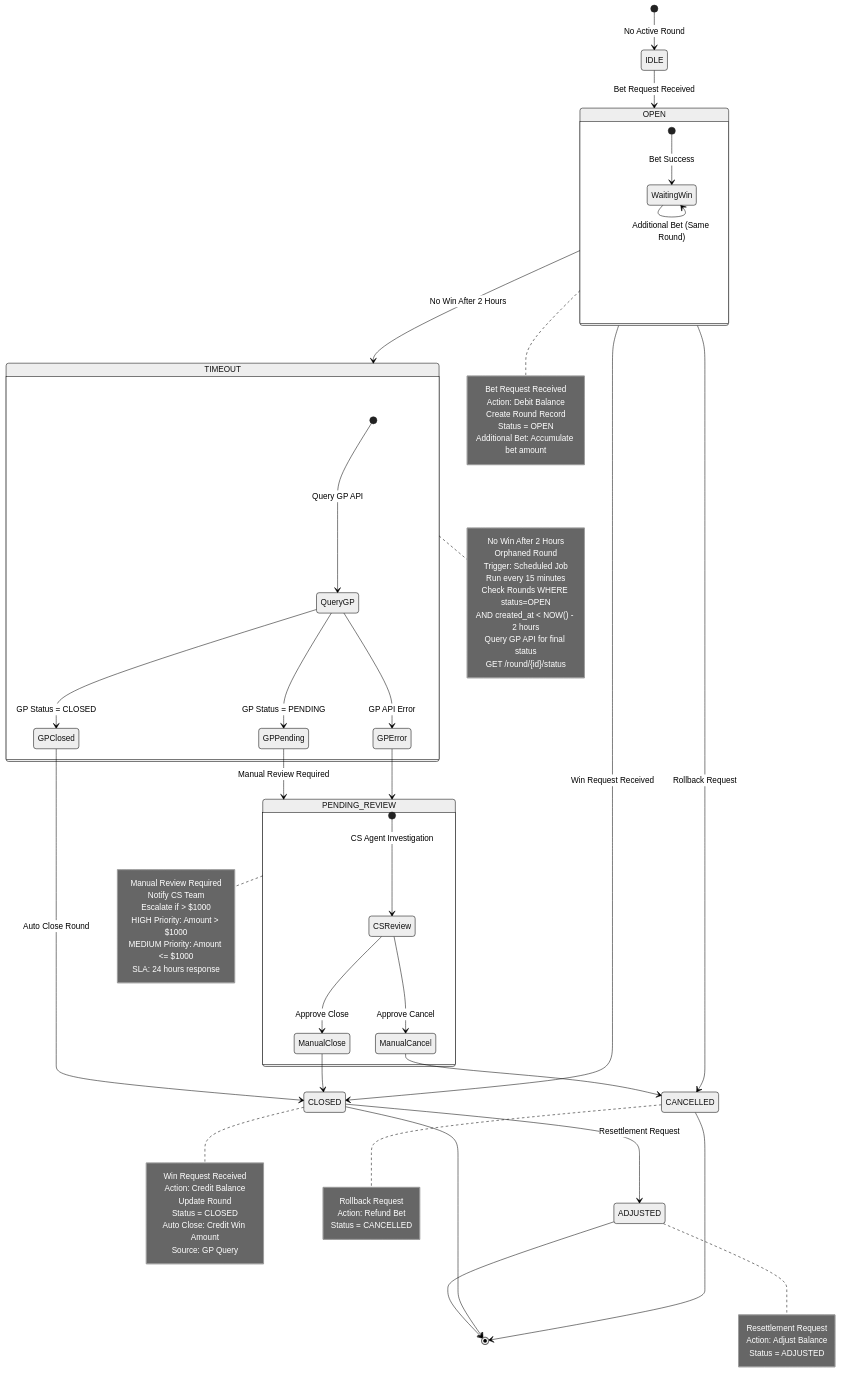
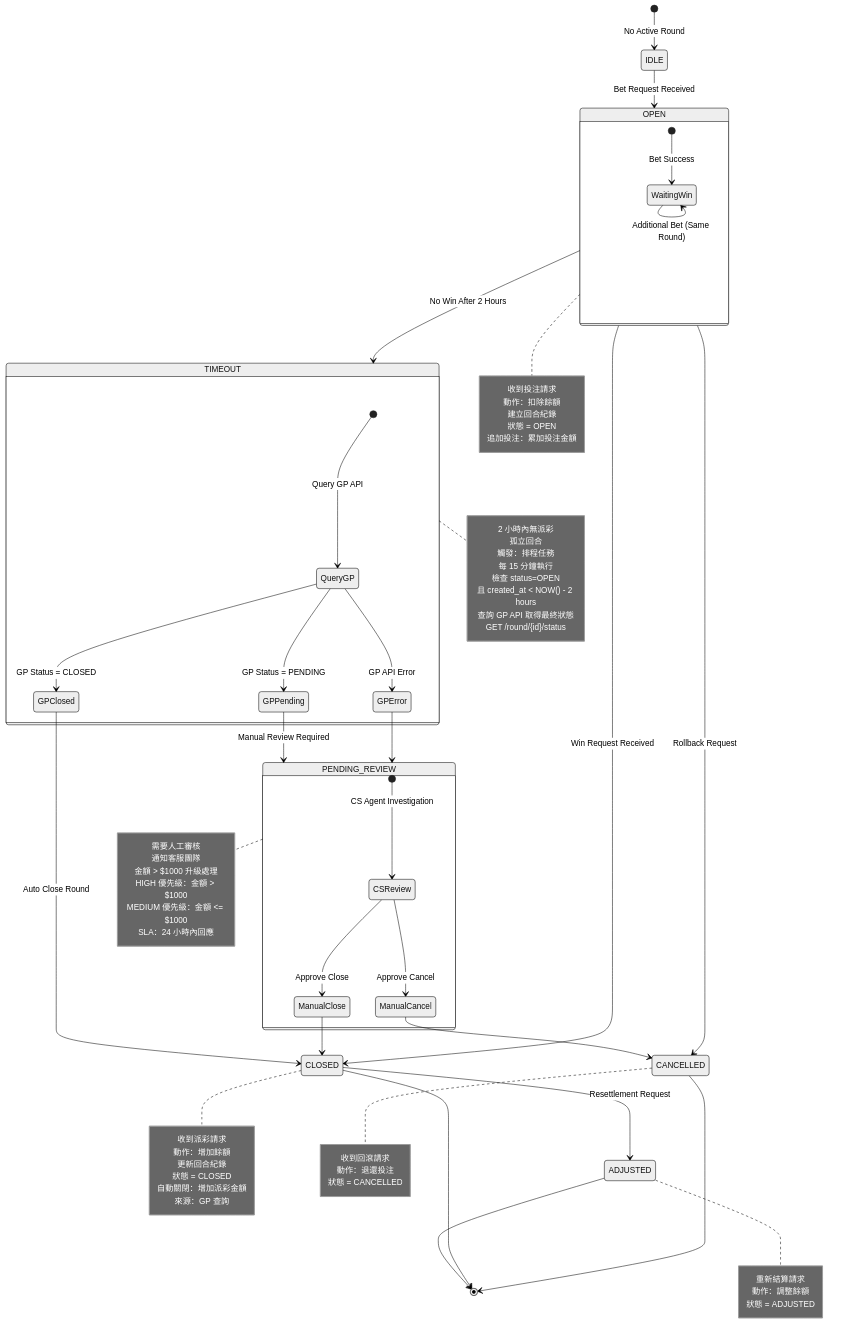
One commit to ron03wlb/smart-admin changed the first of 7 diagrams in docs/iGaming/architecture/02_Finance_Service/Seamless_Wallet_Analysis.md. Above: the diagram before and after it, drawn with Mermaid (neutral theme). The commit also changed other lines of this file and 4 other files, not shown here.

````diff
--- a/docs/iGaming/architecture/02_Finance_Service/Seamless_Wallet_Analysis.md
+++ b/docs/iGaming/architecture/02_Finance_Service/Seamless_Wallet_Analysis.md
@@ -58,51 +58,51 @@
     CANCELLED --> [*]
 
     note right of OPEN
-        Bet Request Received
-        Action: Debit Balance
-        Create Round Record
-        Status = OPEN
-        Additional Bet: Accumulate bet amount
+        收到投注請求
+        動作：扣除餘額
+        建立回合紀錄
+        狀態 = OPEN
+        追加投注：累加投注金額
     end note
 
     note right of CLOSED
-        Win Request Received
-        Action: Credit Balance
-        Update Round
-        Status = CLOSED
-        Auto Close: Credit Win Amount
-        Source: GP Query
+        收到派彩請求
+        動作：增加餘額
+        更新回合紀錄
+        狀態 = CLOSED
+        自動關閉：增加派彩金額
+        來源：GP 查詢
     end note
 
     note right of CANCELLED
-        Rollback Request
-        Action: Refund Bet
-        Status = CANCELLED
+        收到回滾請求
+        動作：退還投注
+        狀態 = CANCELLED
     end note
 
     note right of TIMEOUT
-        No Win After 2 Hours
-        Orphaned Round
-        Trigger: Scheduled Job
-        Run every 15 minutes
-        Check Rounds WHERE status=OPEN
-        AND created_at < NOW() - 2 hours
-        Query GP API for final status
+        2 小時內無派彩
+        孤立回合
+        觸發：排程任務
+        每 15 分鐘執行
+        檢查 status=OPEN
+        且 created_at < NOW() - 2 hours
+        查詢 GP API 取得最終狀態
         GET /round/{id}/status
     end note
 
     note right of PENDING_REVIEW
-        Manual Review Required
-        Notify CS Team
-        Escalate if > $1000
-        HIGH Priority: Amount > $1000
-        MEDIUM Priority: Amount <= $1000
-        SLA: 24 hours response
+        需要人工審核
+        通知客服團隊
+        金額 > $1000 升級處理
+        HIGH 優先級：金額 > $1000
+        MEDIUM 優先級：金額 <= $1000
+        SLA：24 小時內回應
     end note
 
     note right of ADJUSTED
-        Resettlement Request
-        Action: Adjust Balance
-        Status = ADJUSTED
+        重新結算請求
+        動作：調整餘額
+        狀態 = ADJUSTED
     end note
 ```
````
